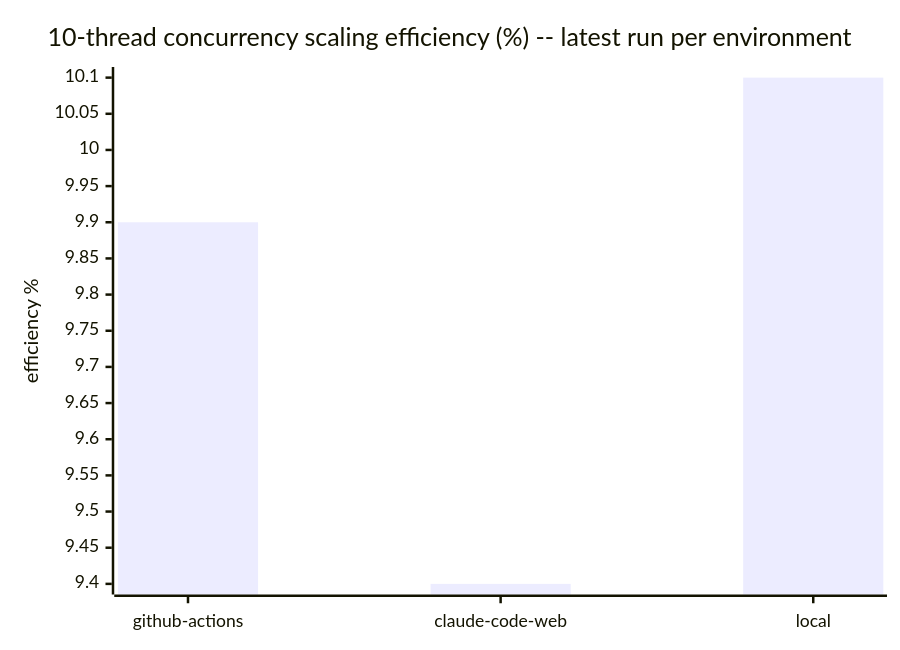
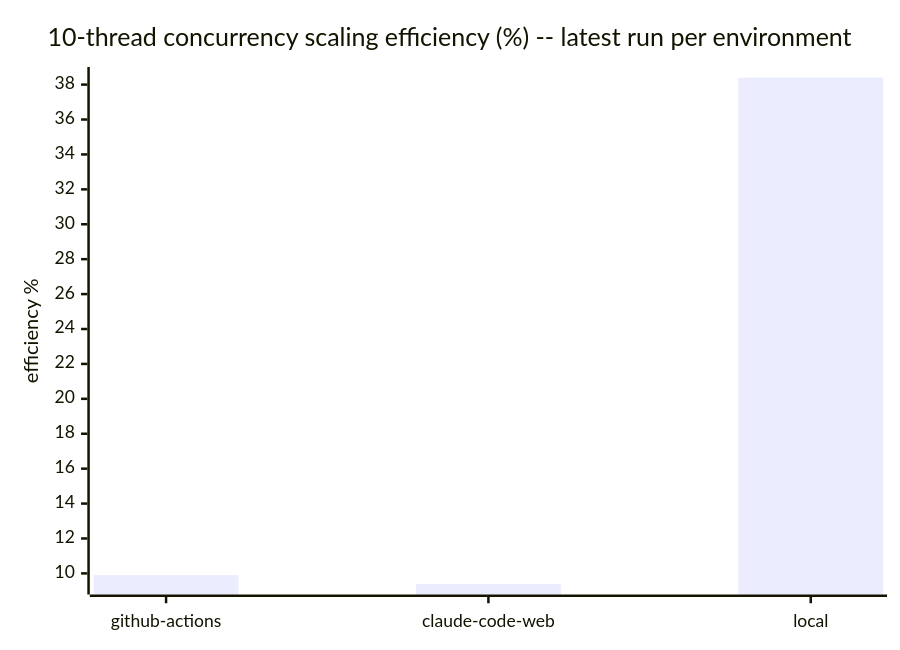
The third of 3 diagrams in docs/benchmarks/README.md (cpb/duckling), drawn with Mermaid before and after one commit. The commit also changed other lines of this file and 1 other file, not shown here.

````diff
--- a/docs/benchmarks/README.md
+++ b/docs/benchmarks/README.md
@@ -77,7 +99,7 @@
 ```mermaid
 xychart-beta
     title "10-thread concurrency scaling efficiency (%) -- latest run per environment"
     x-axis [github-actions, claude-code-web, local]
     y-axis "efficiency %"
-    bar "efficiency_pct" [9.9, 9.4, 10.1]
+    bar "efficiency_pct" [9.9, 9.4, 38.4]
 ```
````
